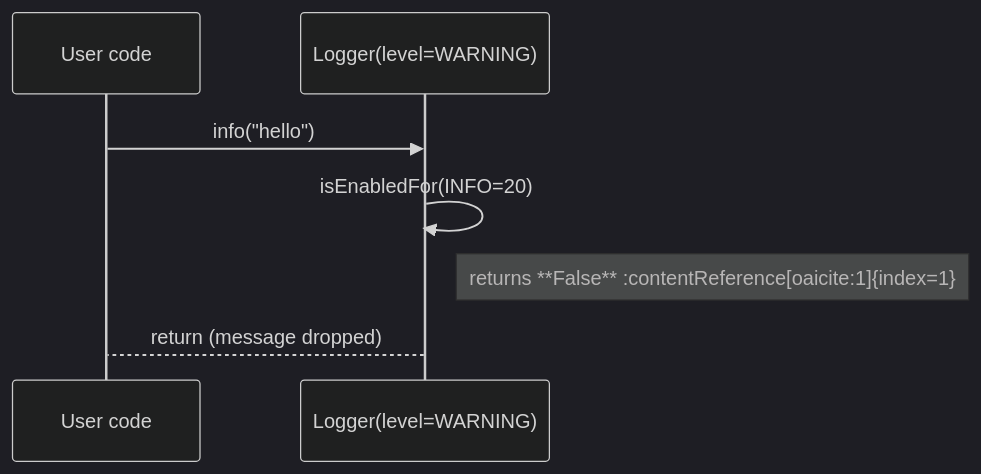
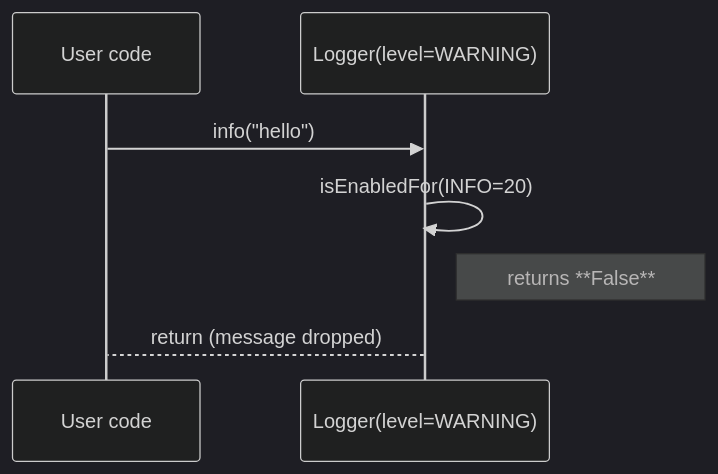
One commit to leynos/femtologging changed the third of 7 diagrams in docs/logging-sequence-diagrams.md. Above: the diagram before and after it, drawn with Mermaid (dark theme). The commit also changed other lines of this file and 7 other files, not shown here.

````diff
--- a/docs/logging-sequence-diagrams.md
+++ b/docs/logging-sequence-diagrams.md
@@ -59,10 +59,10 @@
 ```mermaid
 sequenceDiagram
     participant Client as User code
     participant Logger as Logger(level=WARNING)
 
     Client  ->> Logger: info("hello")
     Logger  ->> Logger: isEnabledFor(INFO=20)
-    note right of Logger: returns **False** :contentReference[oaicite:1]{index=1}
+    note right of Logger: returns **False**
     Logger  --> Client: return (message dropped)
 ```
````
